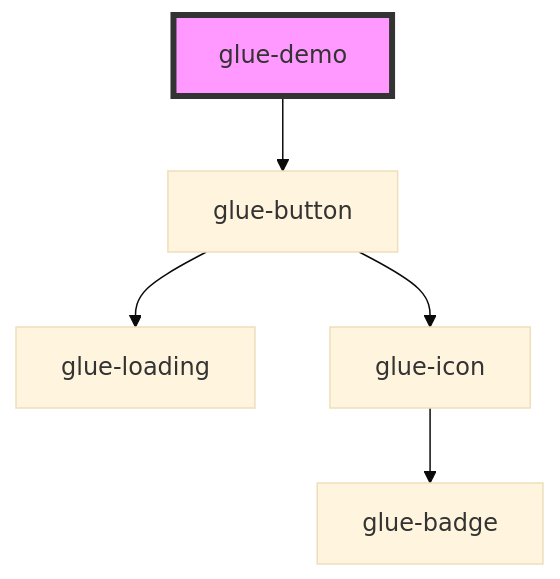
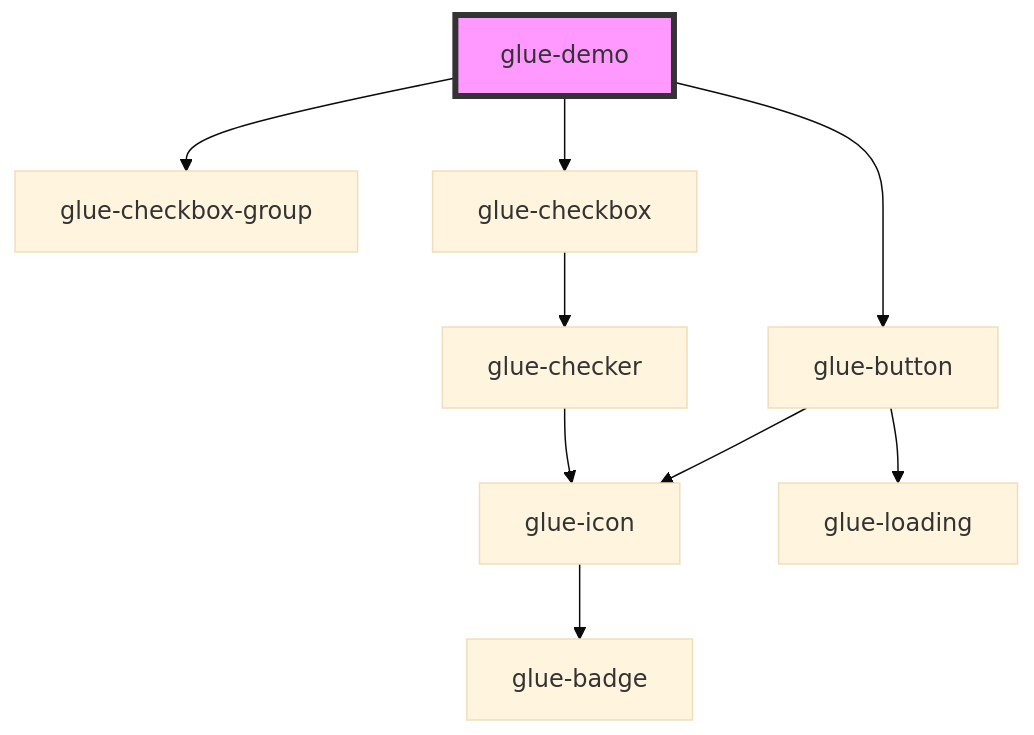
Before and after one commit to grasilife/glue: the diagram in packages/glue-components/src/components/glue-demo/readme.md, drawn with Mermaid (base theme). The commit also changed other lines of this file and 8 other files, not shown here.

Commit message:
docs(glue-checkbox): 修改glue-checkbox文档

````diff
--- a/packages/glue-components/src/components/glue-demo/readme.md
+++ b/packages/glue-components/src/components/glue-demo/readme.md
@@ -13,8 +15,12 @@
 ```mermaid
 graph TD;
+  glue-demo --> glue-checkbox-group
+  glue-demo --> glue-checkbox
   glue-demo --> glue-button
+  glue-checkbox --> glue-checker
+  glue-checker --> glue-icon
+  glue-icon --> glue-badge
   glue-button --> glue-loading
   glue-button --> glue-icon
-  glue-icon --> glue-badge
   style glue-demo fill:#f9f,stroke:#333,stroke-width:4px
 ```
````
